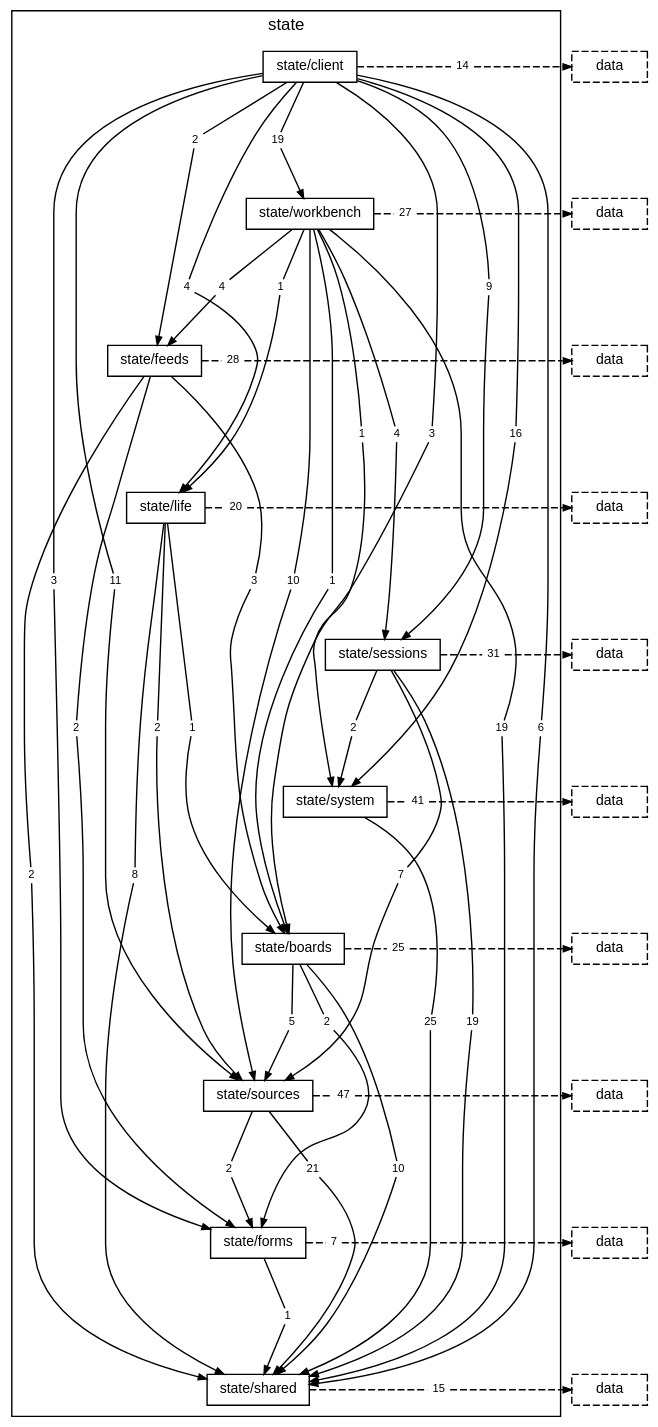
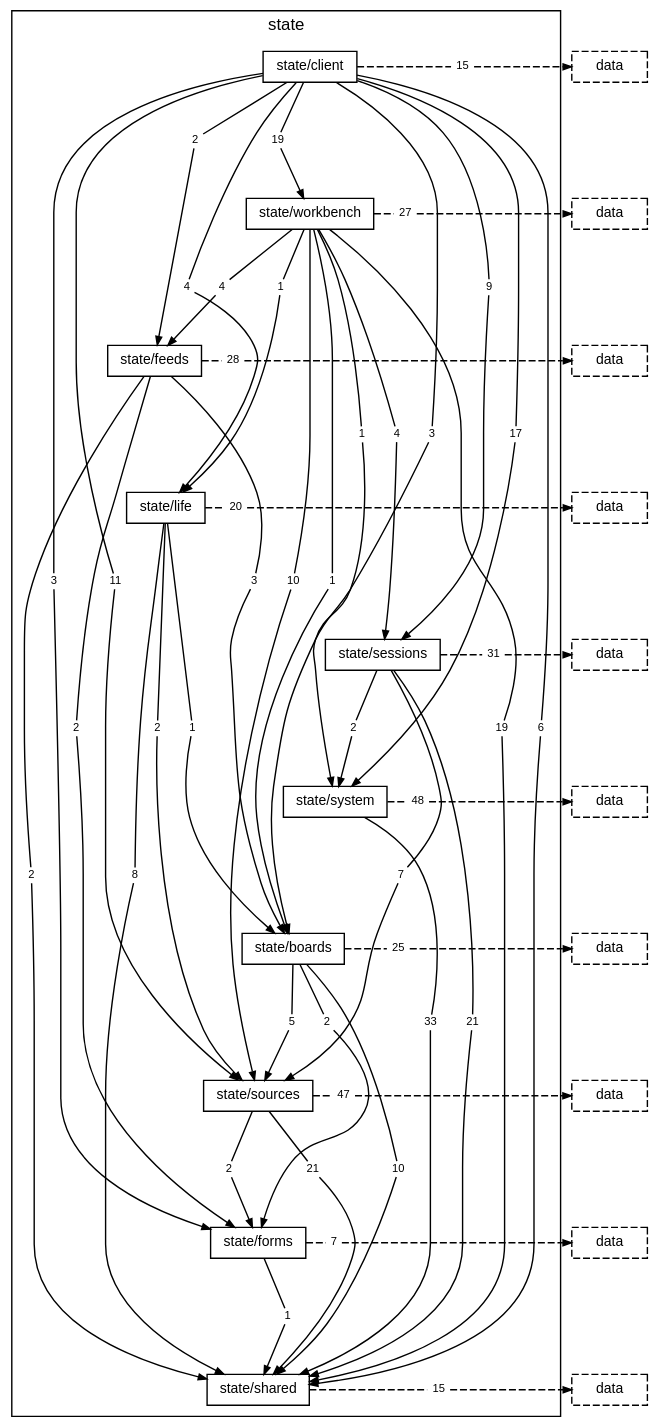
The diagram in docs/diagrams/layer-state.dot (TheAxeC/oculus), drawn with Graphviz before and after one commit. The commit also changed 110 other files, not shown here.

```diff
--- a/docs/diagrams/layer-state.dot
+++ b/docs/diagrams/layer-state.dot
@@ -21,9 +21,9 @@
         "folder state/client to folder state/sessions" [label="9", shape=box, color="transparent", fontsize=8, width=0, height=0, margin="0.04,0.02"];
         "folder state/client to folder state/shared" [label="6", shape=box, color="transparent", fontsize=8, width=0, height=0, margin="0.04,0.02"];
         "folder state/client to folder state/sources" [label="11", shape=box, color="transparent", fontsize=8, width=0, height=0, margin="0.04,0.02"];
-        "folder state/client to folder state/system" [label="16", shape=box, color="transparent", fontsize=8, width=0, height=0, margin="0.04,0.02"];
+        "folder state/client to folder state/system" [label="17", shape=box, color="transparent", fontsize=8, width=0, height=0, margin="0.04,0.02"];
         "folder state/client to folder state/workbench" [label="19", shape=box, color="transparent", fontsize=8, width=0, height=0, margin="0.04,0.02"];
-        "folder state/client to layer data" [label="14", shape=box, color="transparent", fontsize=8, width=0, height=0, margin="0.04,0.02"];
+        "folder state/client to layer data" [label="15", shape=box, color="transparent", fontsize=8, width=0, height=0, margin="0.04,0.02"];
         "folder state/workbench to folder state/boards" [label="1", shape=box, color="transparent", fontsize=8, width=0, height=0, margin="0.04,0.02"];
         "folder state/workbench to folder state/feeds" [label="4", shape=box, color="transparent", fontsize=8, width=0, height=0, margin="0.04,0.02"];
         "folder state/workbench to folder state/life" [label="1", shape=box, color="transparent", fontsize=8, width=0, height=0, margin="0.04,0.02"];
@@ -40,12 +40,12 @@
         "folder state/life to folder state/shared" [label="8", shape=box, color="transparent", fontsize=8, width=0, height=0, margin="0.04,0.02"];
         "folder state/life to folder state/sources" [label="2", shape=box, color="transparent", fontsize=8, width=0, height=0, margin="0.04,0.02"];
         "folder state/life to layer data" [label="20", shape=box, color="transparent", fontsize=8, width=0, height=0, margin="0.04,0.02"];
-        "folder state/sessions to folder state/shared" [label="19", shape=box, color="transparent", fontsize=8, width=0, height=0, margin="0.04,0.02"];
+        "folder state/sessions to folder state/shared" [label="21", shape=box, color="transparent", fontsize=8, width=0, height=0, margin="0.04,0.02"];
         "folder state/sessions to folder state/sources" [label="7", shape=box, color="transparent", fontsize=8, width=0, height=0, margin="0.04,0.02"];
         "folder state/sessions to folder state/system" [label="2", shape=box, color="transparent", fontsize=8, width=0, height=0, margin="0.04,0.02"];
         "folder state/sessions to layer data" [label="31", shape=box, color="transparent", fontsize=8, width=0, height=0, margin="0.04,0.02"];
-        "folder state/system to folder state/shared" [label="25", shape=box, color="transparent", fontsize=8, width=0, height=0, margin="0.04,0.02"];
-        "folder state/system to layer data" [label="41", shape=box, color="transparent", fontsize=8, width=0, height=0, margin="0.04,0.02"];
+        "folder state/system to folder state/shared" [label="33", shape=box, color="transparent", fontsize=8, width=0, height=0, margin="0.04,0.02"];
+        "folder state/system to layer data" [label="48", shape=box, color="transparent", fontsize=8, width=0, height=0, margin="0.04,0.02"];
         "folder state/boards to folder state/forms" [label="2", shape=box, color="transparent", fontsize=8, width=0, height=0, margin="0.04,0.02"];
         "folder state/boards to folder state/shared" [label="10", shape=box, color="transparent", fontsize=8, width=0, height=0, margin="0.04,0.02"];
         "folder state/boards to folder state/sources" [label="5", shape=box, color="transparent", fontsize=8, width=0, height=0, margin="0.04,0.02"];
```
